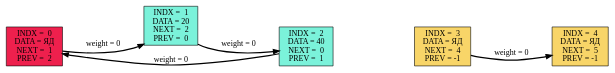
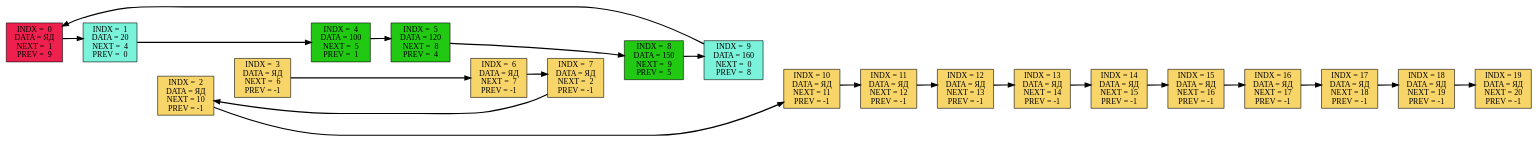
Before and after one commit to ask0later/List: the diagram in Graph.dot, drawn with Graphviz. The commit also changed 6 other files, not shown here.

```diff
--- a/Graph.dot
+++ b/Graph.dot
@@ -1,17 +1,62 @@
 digraph DotGraph
 {
 rankdir=LR;
-    Node0 [shape="box", color="black", fontcolor="black", fillcolor="#EE204D", style="filled", weight="1", label="INDX =  0\nDATA = ЯД\nNEXT =  1\nPREV =  2"];
-    Node1 [shape="box", color="black", fontcolor="black", fillcolor="#7BF2DA", style="filled", weight="1", label="INDX =  1\nDATA = 20\nNEXT =  2\nPREV =  0"];
-    Node2 [shape="box", color="black", fontcolor="black", fillcolor="#7BF2DA", style="filled", weight="1", label="INDX =  2\nDATA = 40\nNEXT =  0\nPREV =  1"];
-    Node3 [shape="box", color="black", fontcolor="black", fillcolor="#F8D568", style="filled", weight="1", label="INDX =  3\nDATA = ЯД\nNEXT =  4\nPREV = -1"];
-    Node4 [shape="box", color="black", fontcolor="black", fillcolor="#F8D568", style="filled", weight="1", label="INDX =  4\nDATA = ЯД\nNEXT =  5\nPREV = -1"];
-    Node0 -> Node1 [color="#FFFFFF", style="invis", weight="1", label="weight = 1000"];
-    Node1 -> Node2 [color="#FFFFFF", style="invis", weight="1", label="weight = 1000"];
-    Node2 -> Node3 [color="#FFFFFF", style="invis", weight="1", label="weight = 1000"];
-    Node3 -> Node4 [color="#FFFFFF", style="invis", weight="1", label="weight = 1000"];
-    Node0 -> Node1 [color="#000000", style="bold", weight="1", label="weight = 0"];
-    Node1 -> Node2 [color="#000000", style="bold", weight="1", label="weight = 0"];
-    Node2 -> Node0 [color="#000000", style="bold", weight="1", label="weight = 0"];
-    Node3 -> Node4 [color="#000000", style="bold", weight="1", label="weight = 0"];
+    Node0 [shape="box", color="black", fontcolor="black", fillcolor="#EE204D", style="filled", weight="1", label="INDX =  0\nDATA = ЯД\nNEXT =  1\nPREV =  9"];
+    Node1 [shape="box", color="black", fontcolor="black", fillcolor="#7BF2DA", style="filled", weight="1", label="INDX =  1\nDATA = 20\nNEXT =  4\nPREV =  0"];
+    Node2 [shape="box", color="black", fontcolor="black", fillcolor="#F8D568", style="filled", weight="1", label="INDX =  2\nDATA = ЯД\nNEXT = 10\nPREV = -1"];
+    Node3 [shape="box", color="black", fontcolor="black", fillcolor="#F8D568", style="filled", weight="1", label="INDX =  3\nDATA = ЯД\nNEXT =  6\nPREV = -1"];
+    Node4 [shape="box", color="black", fontcolor="black", fillcolor="#21C912", style="filled", weight="1", label="INDX =  4\nDATA = 100\nNEXT =  5\nPREV =  1"];
+    Node5 [shape="box", color="black", fontcolor="black", fillcolor="#21C912", style="filled", weight="1", label="INDX =  5\nDATA = 120\nNEXT =  8\nPREV =  4"];
+    Node6 [shape="box", color="black", fontcolor="black", fillcolor="#F8D568", style="filled", weight="1", label="INDX =  6\nDATA = ЯД\nNEXT =  7\nPREV = -1"];
+    Node7 [shape="box", color="black", fontcolor="black", fillcolor="#F8D568", style="filled", weight="1", label="INDX =  7\nDATA = ЯД\nNEXT =  2\nPREV = -1"];
+    Node8 [shape="box", color="black", fontcolor="black", fillcolor="#21C912", style="filled", weight="1", label="INDX =  8\nDATA = 150\nNEXT =  9\nPREV =  5"];
+    Node9 [shape="box", color="black", fontcolor="black", fillcolor="#7BF2DA", style="filled", weight="1", label="INDX =  9\nDATA = 160\nNEXT =  0\nPREV =  8"];
+    Node10 [shape="box", color="black", fontcolor="black", fillcolor="#F8D568", style="filled", weight="1", label="INDX = 10\nDATA = ЯД\nNEXT = 11\nPREV = -1"];
+    Node11 [shape="box", color="black", fontcolor="black", fillcolor="#F8D568", style="filled", weight="1", label="INDX = 11\nDATA = ЯД\nNEXT = 12\nPREV = -1"];
+    Node12 [shape="box", color="black", fontcolor="black", fillcolor="#F8D568", style="filled", weight="1", label="INDX = 12\nDATA = ЯД\nNEXT = 13\nPREV = -1"];
+    Node13 [shape="box", color="black", fontcolor="black", fillcolor="#F8D568", style="filled", weight="1", label="INDX = 13\nDATA = ЯД\nNEXT = 14\nPREV = -1"];
+    Node14 [shape="box", color="black", fontcolor="black", fillcolor="#F8D568", style="filled", weight="1", label="INDX = 14\nDATA = ЯД\nNEXT = 15\nPREV = -1"];
+    Node15 [shape="box", color="black", fontcolor="black", fillcolor="#F8D568", style="filled", weight="1", label="INDX = 15\nDATA = ЯД\nNEXT = 16\nPREV = -1"];
+    Node16 [shape="box", color="black", fontcolor="black", fillcolor="#F8D568", style="filled", weight="1", label="INDX = 16\nDATA = ЯД\nNEXT = 17\nPREV = -1"];
+    Node17 [shape="box", color="black", fontcolor="black", fillcolor="#F8D568", style="filled", weight="1", label="INDX = 17\nDATA = ЯД\nNEXT = 18\nPREV = -1"];
+    Node18 [shape="box", color="black", fontcolor="black", fillcolor="#F8D568", style="filled", weight="1", label="INDX = 18\nDATA = ЯД\nNEXT = 19\nPREV = -1"];
+    Node19 [shape="box", color="black", fontcolor="black", fillcolor="#F8D568", style="filled", weight="1", label="INDX = 19\nDATA = ЯД\nNEXT = 20\nPREV = -1"];
+    Node0 -> Node1 [color="#FFFFFF", style="invis", weight="1", label=""];
+    Node1 -> Node2 [color="#FFFFFF", style="invis", weight="1", label=""];
+    Node2 -> Node3 [color="#FFFFFF", style="invis", weight="1", label=""];
+    Node3 -> Node4 [color="#FFFFFF", style="invis", weight="1", label=""];
+    Node4 -> Node5 [color="#FFFFFF", style="invis", weight="1", label=""];
+    Node5 -> Node6 [color="#FFFFFF", style="invis", weight="1", label=""];
+    Node6 -> Node7 [color="#FFFFFF", style="invis", weight="1", label=""];
+    Node7 -> Node8 [color="#FFFFFF", style="invis", weight="1", label=""];
+    Node8 -> Node9 [color="#FFFFFF", style="invis", weight="1", label=""];
+    Node9 -> Node10 [color="#FFFFFF", style="invis", weight="1", label=""];
+    Node10 -> Node11 [color="#FFFFFF", style="invis", weight="1", label=""];
+    Node11 -> Node12 [color="#FFFFFF", style="invis", weight="1", label=""];
+    Node12 -> Node13 [color="#FFFFFF", style="invis", weight="1", label=""];
+    Node13 -> Node14 [color="#FFFFFF", style="invis", weight="1", label=""];
+    Node14 -> Node15 [color="#FFFFFF", style="invis", weight="1", label=""];
+    Node15 -> Node16 [color="#FFFFFF", style="invis", weight="1", label=""];
+    Node16 -> Node17 [color="#FFFFFF", style="invis", weight="1", label=""];
+    Node17 -> Node18 [color="#FFFFFF", style="invis", weight="1", label=""];
+    Node18 -> Node19 [color="#FFFFFF", style="invis", weight="1", label=""];
+    Node0 -> Node1 [color="#000000", style="bold", weight="1", label=""];
+    Node1 -> Node4 [color="#000000", style="bold", weight="1", label=""];
+    Node2 -> Node10 [color="#000000", style="bold", weight="1", label=""];
+    Node3 -> Node6 [color="#000000", style="bold", weight="1", label=""];
+    Node4 -> Node5 [color="#000000", style="bold", weight="1", label=""];
+    Node5 -> Node8 [color="#000000", style="bold", weight="1", label=""];
+    Node6 -> Node7 [color="#000000", style="bold", weight="1", label=""];
+    Node7 -> Node2 [color="#000000", style="bold", weight="1", label=""];
+    Node8 -> Node9 [color="#000000", style="bold", weight="1", label=""];
+    Node9 -> Node0 [color="#000000", style="bold", weight="1", label=""];
+    Node10 -> Node11 [color="#000000", style="bold", weight="1", label=""];
+    Node11 -> Node12 [color="#000000", style="bold", weight="1", label=""];
+    Node12 -> Node13 [color="#000000", style="bold", weight="1", label=""];
+    Node13 -> Node14 [color="#000000", style="bold", weight="1", label=""];
+    Node14 -> Node15 [color="#000000", style="bold", weight="1", label=""];
+    Node15 -> Node16 [color="#000000", style="bold", weight="1", label=""];
+    Node16 -> Node17 [color="#000000", style="bold", weight="1", label=""];
+    Node17 -> Node18 [color="#000000", style="bold", weight="1", label=""];
+    Node18 -> Node19 [color="#000000", style="bold", weight="1", label=""];
 }
```
